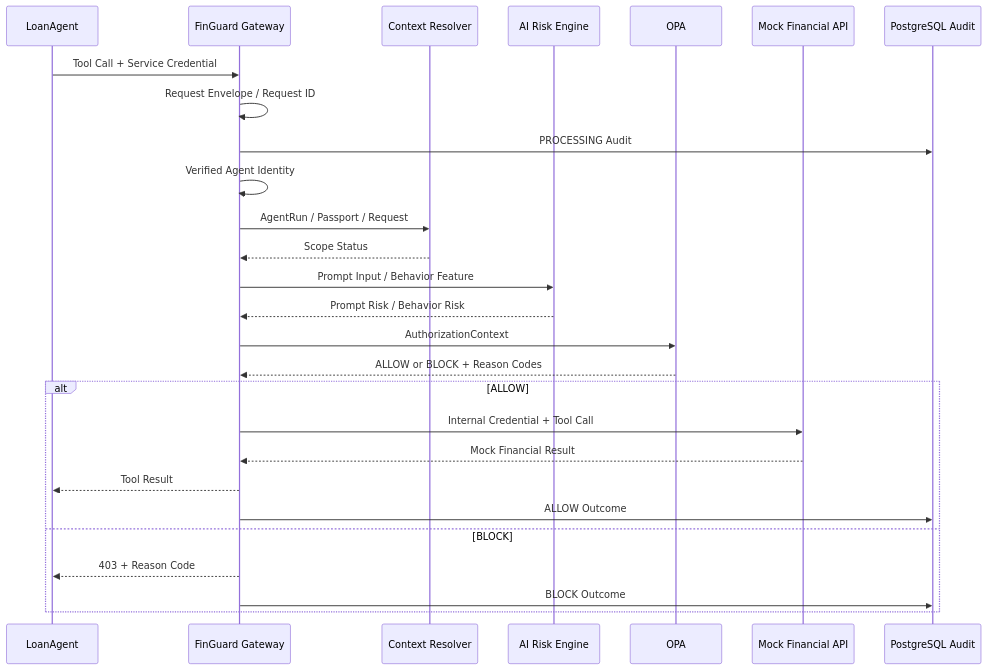
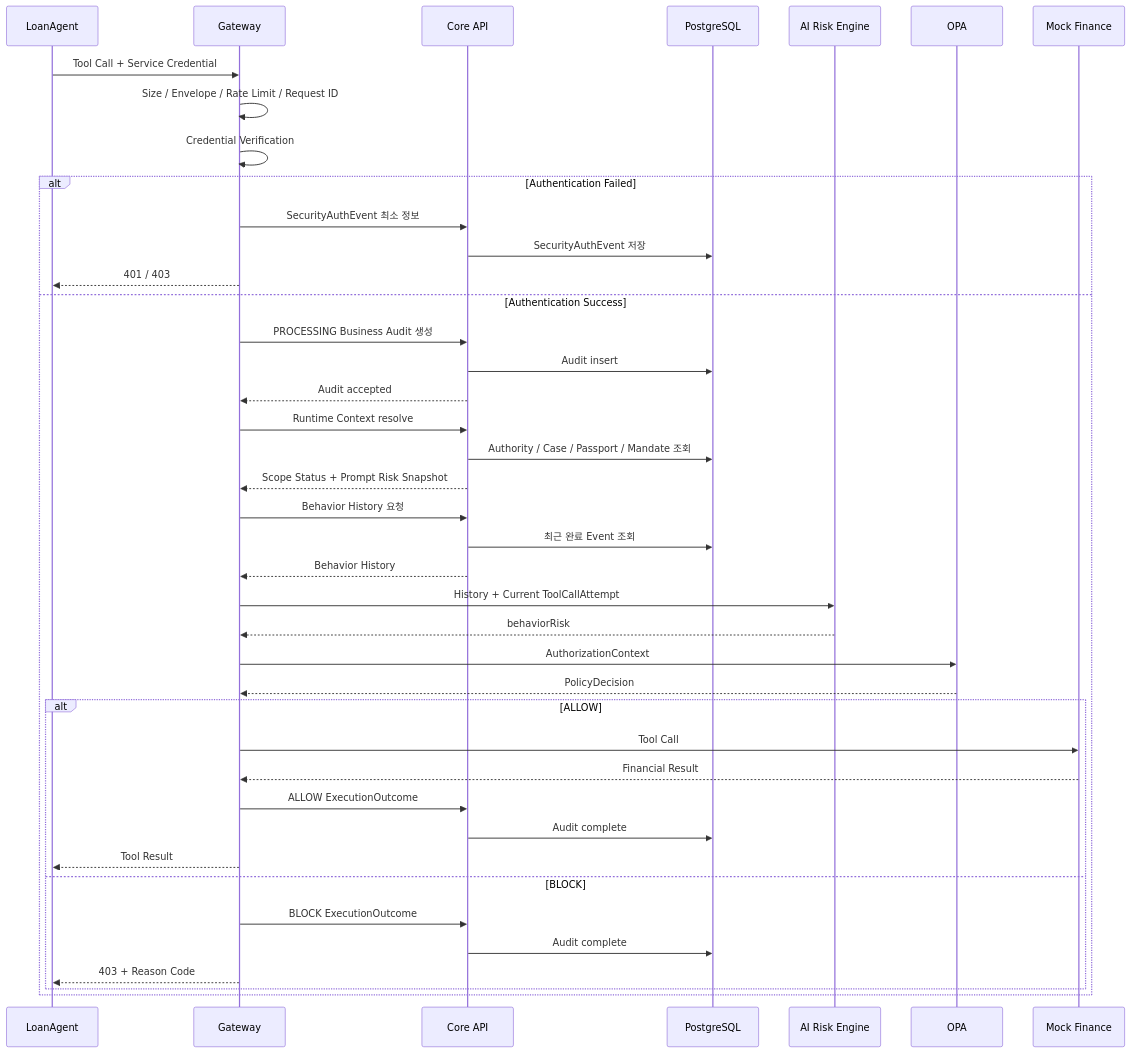
Before and after one commit to FinGuardName/FinBound: the fourth of 5 diagrams in docs/02-architecture.md, drawn with Mermaid. The commit also changed other lines of this file and 23 other files, not shown here.

````diff
--- a/docs/02-architecture.md
+++ b/docs/02-architecture.md
@@ -104,31 +124,49 @@
 ```mermaid
 sequenceDiagram
     participant A as LoanAgent
-    participant G as FinGuard Gateway
-    participant C as Context Resolver
+    participant G as Gateway
+    participant C as Core API
+    participant D as PostgreSQL
     participant R as AI Risk Engine
     participant O as OPA
-    participant F as Mock Financial API
-    participant D as PostgreSQL Audit
+    participant F as Mock Finance
 
     A->>G: Tool Call + Service Credential
-    G->>G: Request Envelope / Request ID
-    G->>D: PROCESSING Audit
-    G->>G: Verified Agent Identity
-    G->>C: AgentRun / Passport / Request
-    C-->>G: Scope Status
-    G->>R: Prompt Input / Behavior Feature
-    R-->>G: Prompt Risk / Behavior Risk
-    G->>O: AuthorizationContext
-    O-->>G: ALLOW or BLOCK + Reason Codes
+    G->>G: Size / Envelope / Rate Limit / Request ID
+    G->>G: Credential Verification
 
-    alt ALLOW
-        G->>F: Internal Credential + Tool Call
-        F-->>G: Mock Financial Result
-        G-->>A: Tool Result
-        G->>D: ALLOW Outcome
-    else BLOCK
-        G-->>A: 403 + Reason Code
-        G->>D: BLOCK Outcome
+    alt Authentication Failed
+        G->>C: SecurityAuthEvent 최소 정보
+        C->>D: SecurityAuthEvent 저장
+        G-->>A: 401 / 403
+    else Authentication Success
+        G->>C: PROCESSING Business Audit 생성
+        C->>D: Audit insert
+        C-->>G: Audit accepted
+
+        G->>C: Runtime Context resolve
+        C->>D: Authority / Case / Passport / Mandate 조회
+        C-->>G: Scope Status + Prompt Risk Snapshot
+
+        G->>C: Behavior History 요청
+        C->>D: 최근 완료 Event 조회
+        C-->>G: Behavior History
+        G->>R: History + Current ToolCallAttempt
+        R-->>G: behaviorRisk
+
+        G->>O: AuthorizationContext
+        O-->>G: PolicyDecision
+
+        alt ALLOW
+            G->>F: Tool Call
+            F-->>G: Financial Result
+            G->>C: ALLOW ExecutionOutcome
+            C->>D: Audit complete
+            G-->>A: Tool Result
+        else BLOCK
+            G->>C: BLOCK ExecutionOutcome
+            C->>D: Audit complete
+            G-->>A: 403 + Reason Code
+        end
     end
 ```
````
